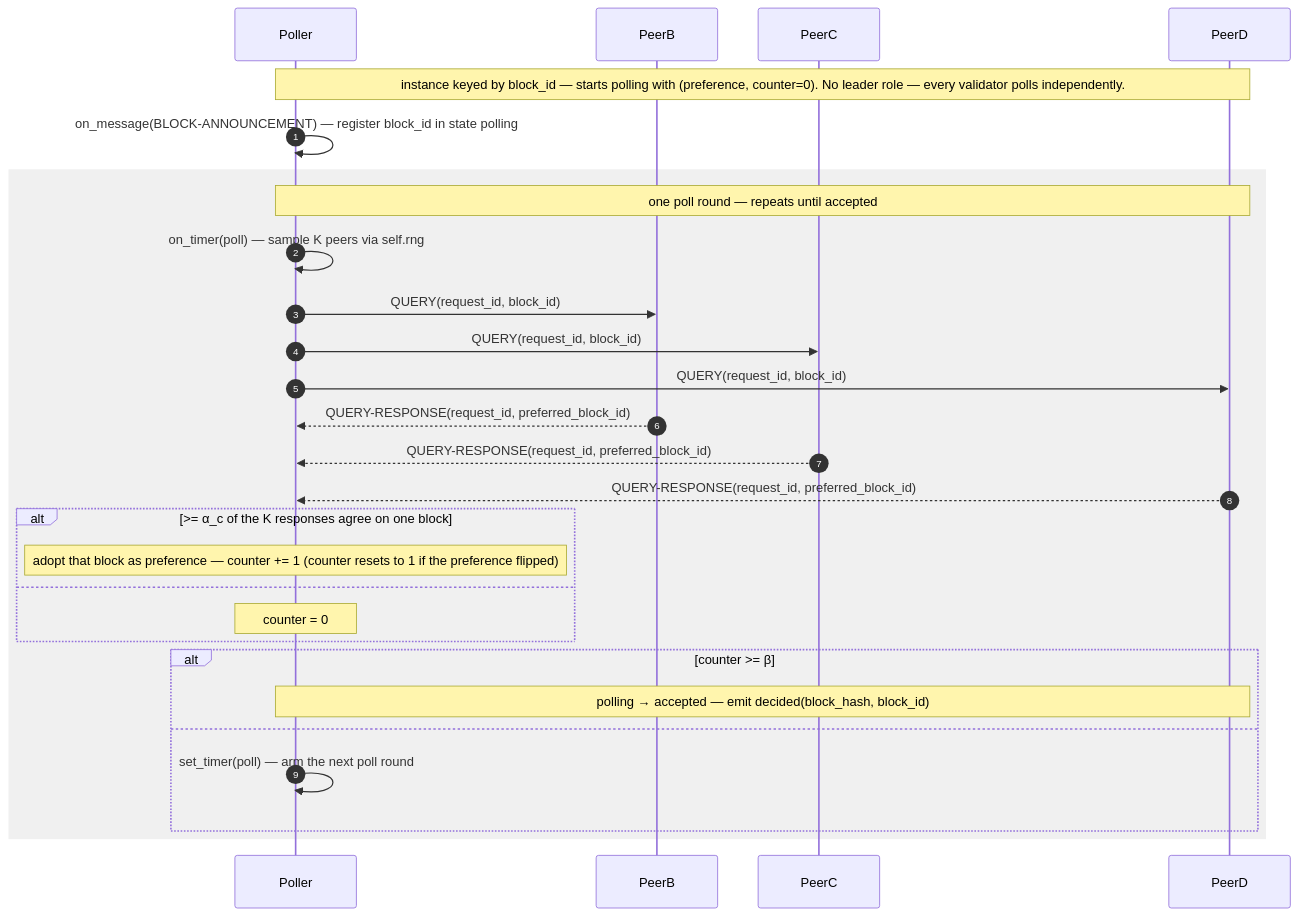
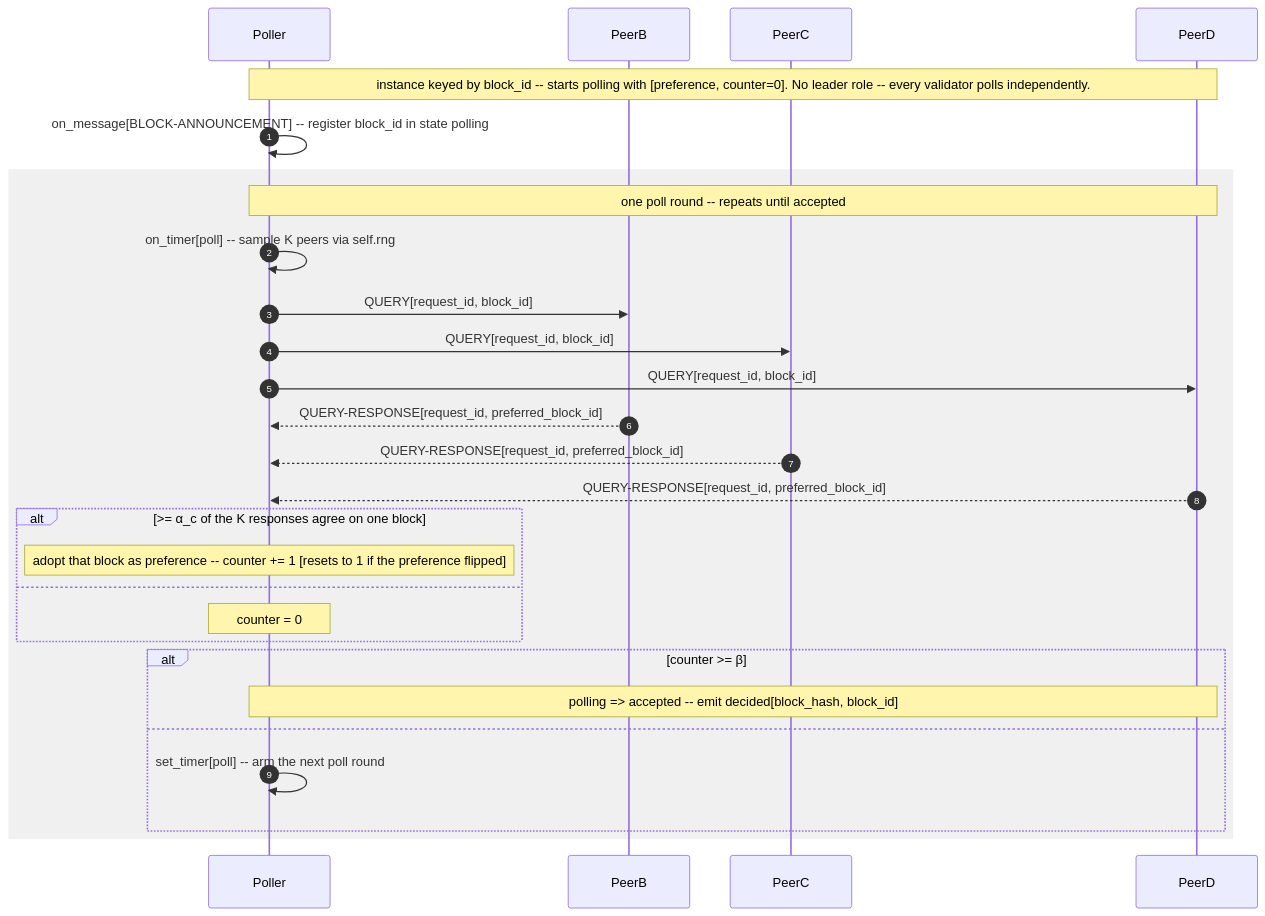
One commit to palhs/thesis changed the diagram in wiki/diagrams/protocols/snowman.md. Above: the diagram before and after it, drawn with Mermaid. The commit also changed 3 other files, not shown here.

First line of the commit message:
wiki: make protocol mermaid diagrams Zed-preview-safe

````diff
--- a/wiki/diagrams/protocols/snowman.md
+++ b/wiki/diagrams/protocols/snowman.md
@@ -15,37 +15,37 @@
 ```mermaid
-%% Snowman — subsampled poll loop for one block (sample K peers, accept on counter >= β)
 sequenceDiagram
+    %% Snowman subsampled poll loop for one block (sample K peers, accept on counter >= β)
     autonumber
     participant Poller
     participant PeerB
     participant PeerC
     participant PeerD
 
-    Note over Poller,PeerD: instance keyed by block_id — starts polling with (preference, counter=0). No leader role — every validator polls independently.
+    Note over Poller,PeerD: instance keyed by block_id -- starts polling with [preference, counter=0]. No leader role -- every validator polls independently.
 
-    Poller->>Poller: on_message(BLOCK-ANNOUNCEMENT) — register block_id in state polling
+    Poller->>Poller: on_message[BLOCK-ANNOUNCEMENT] -- register block_id in state polling
 
     rect rgb(240,240,240)
-        Note over Poller,PeerD: one poll round — repeats until accepted
+        Note over Poller,PeerD: one poll round -- repeats until accepted
 
-        Poller->>Poller: on_timer(poll) — sample K peers via self.rng
-        Poller->>PeerB: QUERY(request_id, block_id)
-        Poller->>PeerC: QUERY(request_id, block_id)
-        Poller->>PeerD: QUERY(request_id, block_id)
-        PeerB-->>Poller: QUERY-RESPONSE(request_id, preferred_block_id)
-        PeerC-->>Poller: QUERY-RESPONSE(request_id, preferred_block_id)
-        PeerD-->>Poller: QUERY-RESPONSE(request_id, preferred_block_id)
+        Poller->>Poller: on_timer[poll] -- sample K peers via self.rng
+        Poller->>PeerB: QUERY[request_id, block_id]
+        Poller->>PeerC: QUERY[request_id, block_id]
+        Poller->>PeerD: QUERY[request_id, block_id]
+        PeerB-->>Poller: QUERY-RESPONSE[request_id, preferred_block_id]
+        PeerC-->>Poller: QUERY-RESPONSE[request_id, preferred_block_id]
+        PeerD-->>Poller: QUERY-RESPONSE[request_id, preferred_block_id]
 
         alt >= α_c of the K responses agree on one block
-            Note over Poller: adopt that block as preference — counter += 1 (counter resets to 1 if the preference flipped)
+            Note over Poller: adopt that block as preference -- counter += 1 [resets to 1 if the preference flipped]
         else
             Note over Poller: counter = 0
         end
 
         alt counter >= β
-            Note over Poller,PeerD: polling → accepted — emit decided(block_hash, block_id)
+            Note over Poller,PeerD: polling => accepted -- emit decided[block_hash, block_id]
         else
-            Poller->>Poller: set_timer(poll) — arm the next poll round
+            Poller->>Poller: set_timer[poll] -- arm the next poll round
         end
     end
 ```
````
